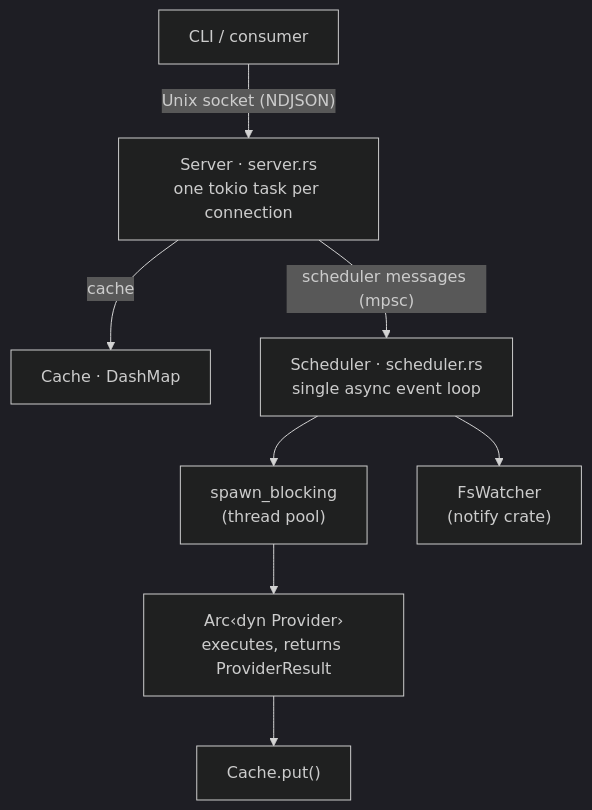
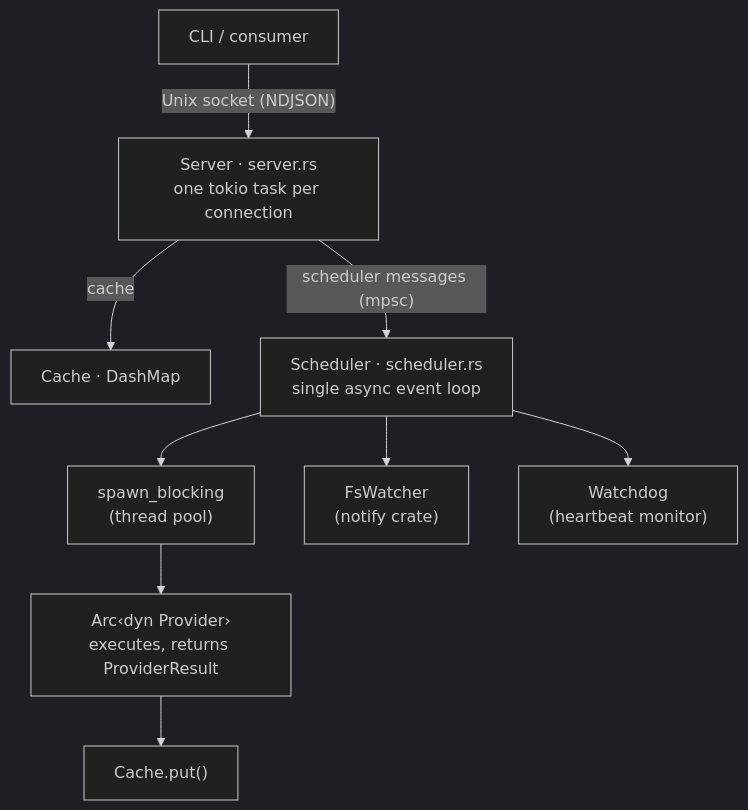
The first of 2 diagrams in docs/architecture.md (NavistAu/beachcomber), drawn with Mermaid (dark theme) before and after one commit. The commit also changed other lines of this file and 29 other files, not shown here.

````diff
--- a/docs/architecture.md
+++ b/docs/architecture.md
@@ -9,13 +9,14 @@
 ```mermaid
 graph TB
     CLI["CLI / consumer"] -->|"Unix socket (NDJSON)"| Server
 
     Server["Server · server.rs<br/>one tokio task per connection"] -->|cache| Cache["Cache · DashMap"]
     Server -->|"scheduler messages (mpsc)"| Scheduler
 
     Scheduler["Scheduler · scheduler.rs<br/>single async event loop"] --> SB["spawn_blocking<br/>(thread pool)"]
     Scheduler --> FSW["FsWatcher<br/>(notify crate)"]
+    Scheduler --> Watchdog["Watchdog<br/>(heartbeat monitor)"]
 
     SB --> Provider["Arc‹dyn Provider›<br/>executes, returns ProviderResult"]
     Provider --> Put["Cache.put()"]
 ```
````
